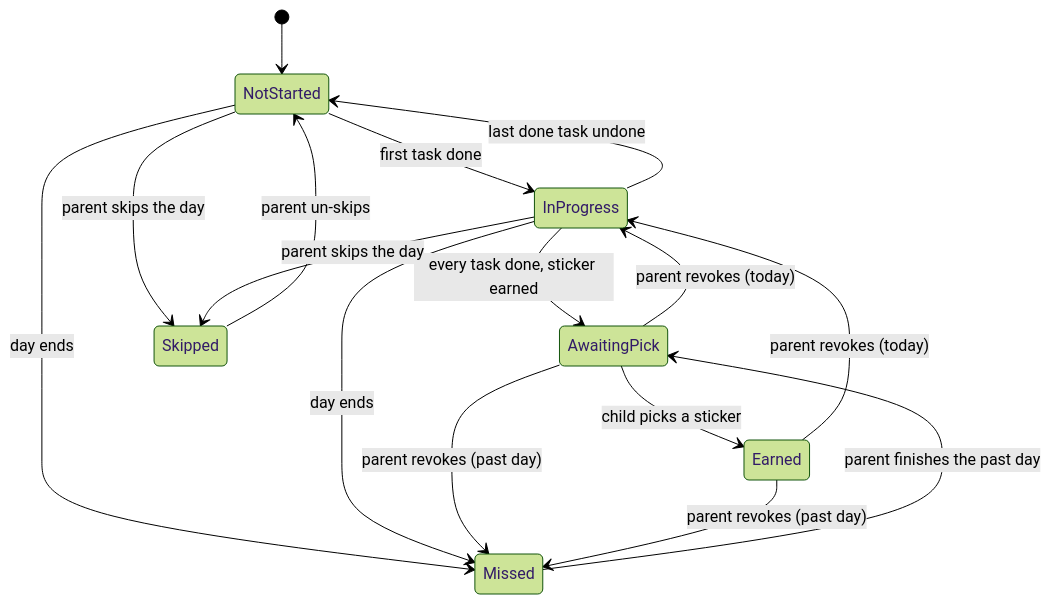
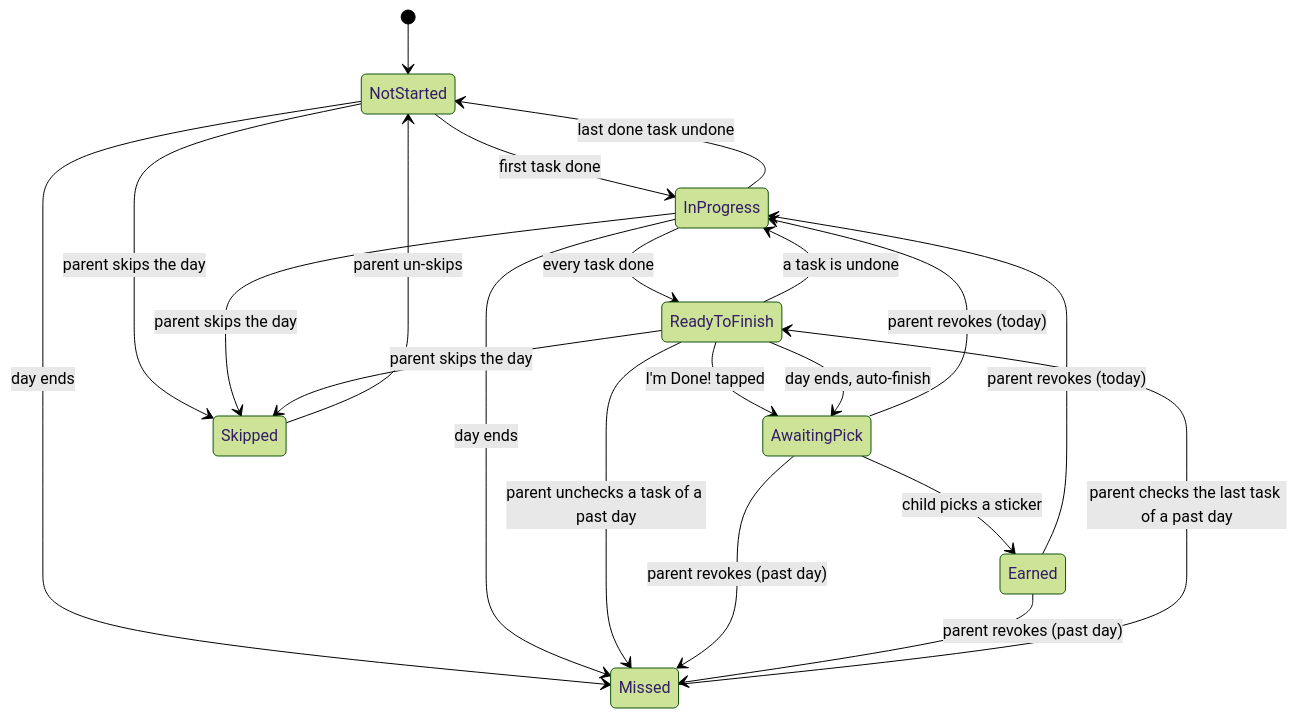
Before and after one commit to pw10n/sticker-bank: the third of 5 diagrams in docs/TDD.md, drawn with Mermaid (forest theme). The commit also changed other lines of this file and 2 other files, not shown here.

First line of the commit message:
docs: add the I'm Done! confirmation and day-end auto-finish (FDD 1.2, TDD 0.4)

````diff
--- a/docs/TDD.md
+++ b/docs/TDD.md
@@ -558,18 +591,23 @@
 ```mermaid
 stateDiagram-v2
     [*] --> NotStarted
     NotStarted --> InProgress: first task done
     InProgress --> NotStarted: last done task undone
-    InProgress --> AwaitingPick: every task done, sticker earned
+    InProgress --> ReadyToFinish: every task done
+    ReadyToFinish --> InProgress: a task is undone
+    ReadyToFinish --> AwaitingPick: I'm Done! tapped
+    ReadyToFinish --> AwaitingPick: day ends, auto-finish
     AwaitingPick --> Earned: child picks a sticker
     NotStarted --> Skipped: parent skips the day
     InProgress --> Skipped: parent skips the day
+    ReadyToFinish --> Skipped: parent skips the day
     Skipped --> NotStarted: parent un-skips
     NotStarted --> Missed: day ends
     InProgress --> Missed: day ends
-    Missed --> AwaitingPick: parent finishes the past day
+    Missed --> ReadyToFinish: parent checks the last task of a past day
+    ReadyToFinish --> Missed: parent unchecks a task of a past day
     AwaitingPick --> InProgress: parent revokes (today)
     Earned --> InProgress: parent revokes (today)
     AwaitingPick --> Missed: parent revokes (past day)
     Earned --> Missed: parent revokes (past day)
 ```
````
